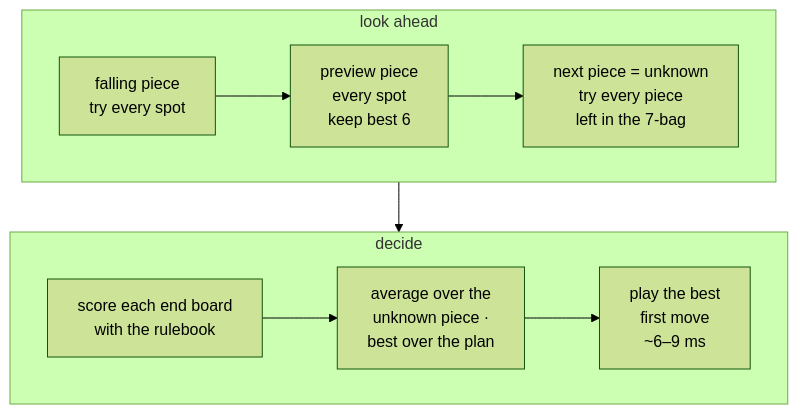
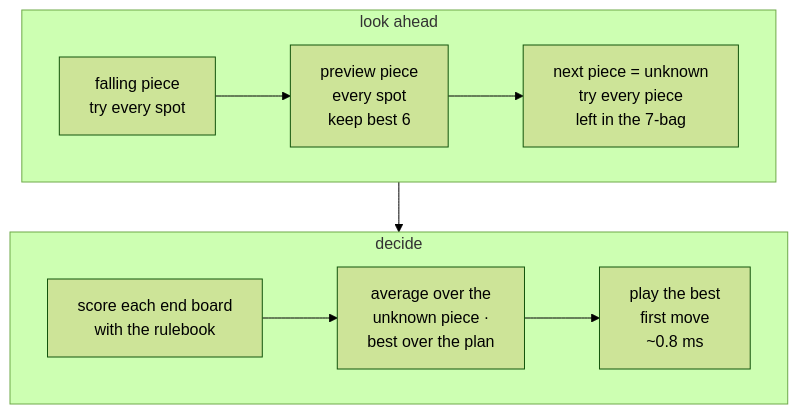
Before and after one commit to katopz/katgpt-rs: the fourth of 5 diagrams in .docs/06_game_arenas/tetris_lane_flows.md, drawn with Mermaid (forest theme). The commit also changed 1 other file, not shown here.

Commit message:
docs(892): lane-flow figure — rulebook timing ~6–9 ms → ~0.8 ms after the 8x search (6e02c72b9)
Site walk re-recorded (tetris_09_site_walk, seed 607 uniform, cap 300):
p50 0.795 / 0.794 / 0.777 ms per decision over three runs, the same game
(20600 pts, 115 lines, 15 tetrises), against 6.226 ms before. Wall time,
with the root searched in parallel on rayon.
PROVENANCE: power=AC Power load=2.66 powermode=2(high).

Session: katgpt-rs-6c43, 1790331000

````diff
--- a/.docs/06_game_arenas/tetris_lane_flows.md
+++ b/.docs/06_game_arenas/tetris_lane_flows.md
@@ -74,14 +74,14 @@
 ```mermaid
 %% file: tetris_flow_rulebook.svg
-%% aria: KatGPT rulebook search: try every spot for the falling piece, every spot for the preview piece keeping the best six, then every piece still left in the bag; score each end board with the strategy rulebook, average over the unknown piece, take the best plan, and play its first move, in about six to nine milliseconds
+%% aria: KatGPT rulebook search: try every spot for the falling piece, every spot for the preview piece keeping the best six, then every piece still left in the bag; score each end board with the strategy rulebook, average over the unknown piece, take the best plan, and play its first move, in under a millisecond
 flowchart TB
     subgraph R1["look ahead"]
         direction LR
         A["falling piece<br/>try every spot"] --> B["preview piece<br/>every spot<br/>keep best 6"] --> C["next piece = unknown<br/>try every piece<br/>left in the 7-bag"]
     end
     subgraph R2["decide"]
         direction LR
-        V["score each end board<br/>with the rulebook"] --> G["average over the<br/>unknown piece ·<br/>best over the plan"] --> P["play the best<br/>first move<br/>~6–9 ms"]
+        V["score each end board<br/>with the rulebook"] --> G["average over the<br/>unknown piece ·<br/>best over the plan"] --> P["play the best<br/>first move<br/>~0.8 ms"]
     end
     C --> V
 ```
````
